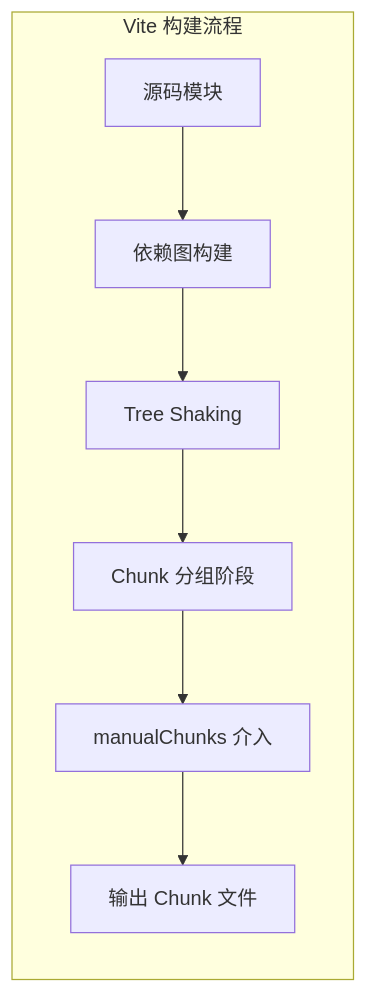
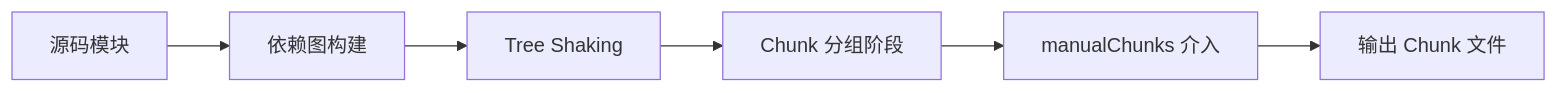
One commit to KMaybe01/common changed diagram 22 of 58 in S3-进阶提升/03-前端工程化.md. Above: the diagram before and after it, drawn with Mermaid. The commit also changed other lines of this file and 27 other files, not shown here.

````diff
--- a/S3-进阶提升/03-前端工程化.md
+++ b/S3-进阶提升/03-前端工程化.md
@@ -1399,10 +1137,8 @@
 ```mermaid
 flowchart LR
-    subgraph Vite 构建流程
-        A["源码模块"] --> B["依赖图构建"]
-        B --> C["Tree Shaking"]
-        C --> D["Chunk 分组阶段"]
-        D --> E["manualChunks 介入"]
-        E --> F["输出 Chunk 文件"]
-    end
+    A["源码模块"] --> B["依赖图构建"]
+    B --> C["Tree Shaking"]
+    C --> D["Chunk 分组阶段"]
+    D --> E["manualChunks 介入"]
+    E --> F["输出 Chunk 文件"]
 ```
````
